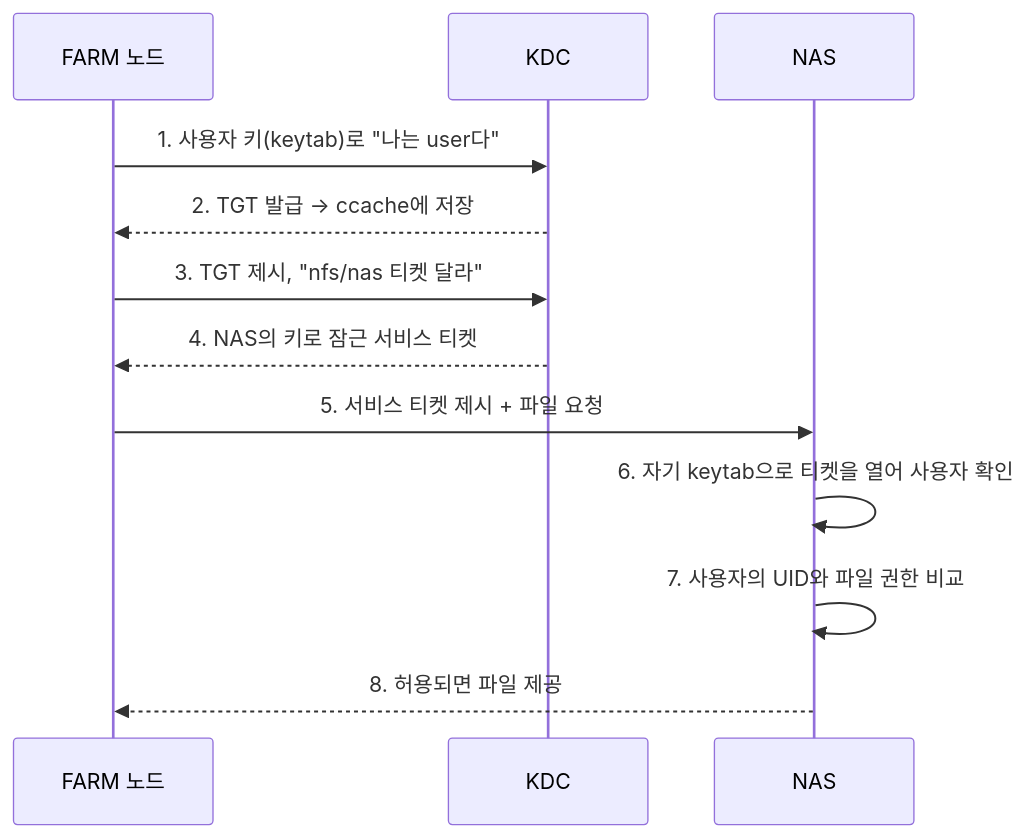
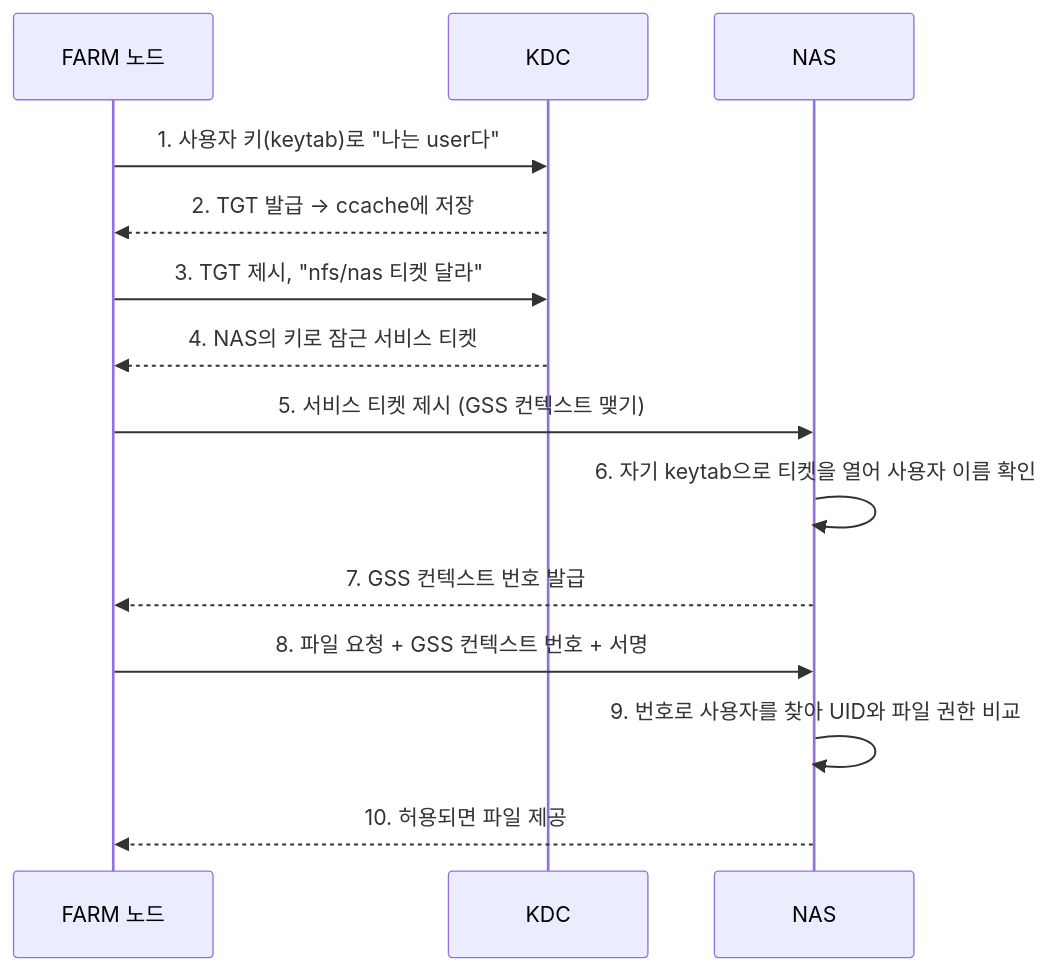
Before and after one commit to CSID-DGU/admin_wiki: the third of 12 diagrams in md/infra/design/Kerberos-AD-Samba.md, drawn with Mermaid. The commit also changed other lines of this file, not shown here.

Commit message:
docs: GSS 컨텍스트 내용 추가

````diff
--- a/md/infra/design/Kerberos-AD-Samba.md
+++ b/md/infra/design/Kerberos-AD-Samba.md
@@ -96,15 +96,17 @@
 ```mermaid
 sequenceDiagram
     participant N as FARM 노드
     participant K as KDC
     participant NAS as NAS
 
     N->>K: 1. 사용자 키(keytab)로 "나는 user다"
     K-->>N: 2. TGT 발급 → ccache에 저장
     N->>K: 3. TGT 제시, "nfs/nas 티켓 달라"
     K-->>N: 4. NAS의 키로 잠근 서비스 티켓
-    N->>NAS: 5. 서비스 티켓 제시 + 파일 요청
-    NAS->>NAS: 6. 자기 keytab으로 티켓을 열어 사용자 확인
-    NAS->>NAS: 7. 사용자의 UID와 파일 권한 비교
-    NAS-->>N: 8. 허용되면 파일 제공
+    N->>NAS: 5. 서비스 티켓 제시 (GSS 컨텍스트 맺기)
+    NAS->>NAS: 6. 자기 keytab으로 티켓을 열어 사용자 이름 확인
+    NAS-->>N: 7. GSS 컨텍스트 번호 발급
+    N->>NAS: 8. 파일 요청 + GSS 컨텍스트 번호 + 서명
+    NAS->>NAS: 9. 번호로 사용자를 찾아 UID와 파일 권한 비교
+    NAS-->>N: 10. 허용되면 파일 제공
 ```
````
